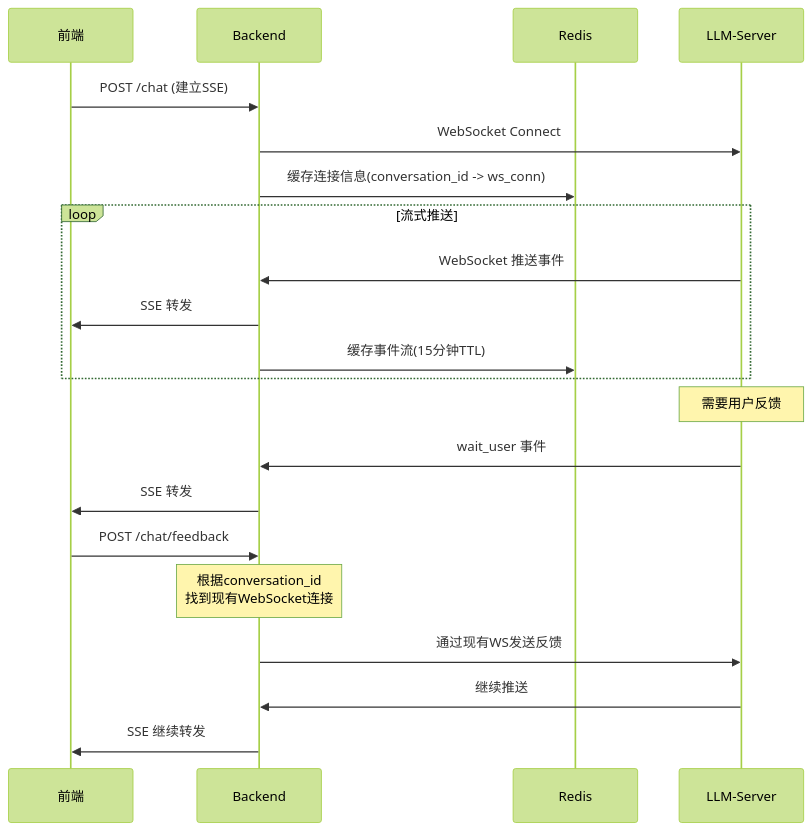
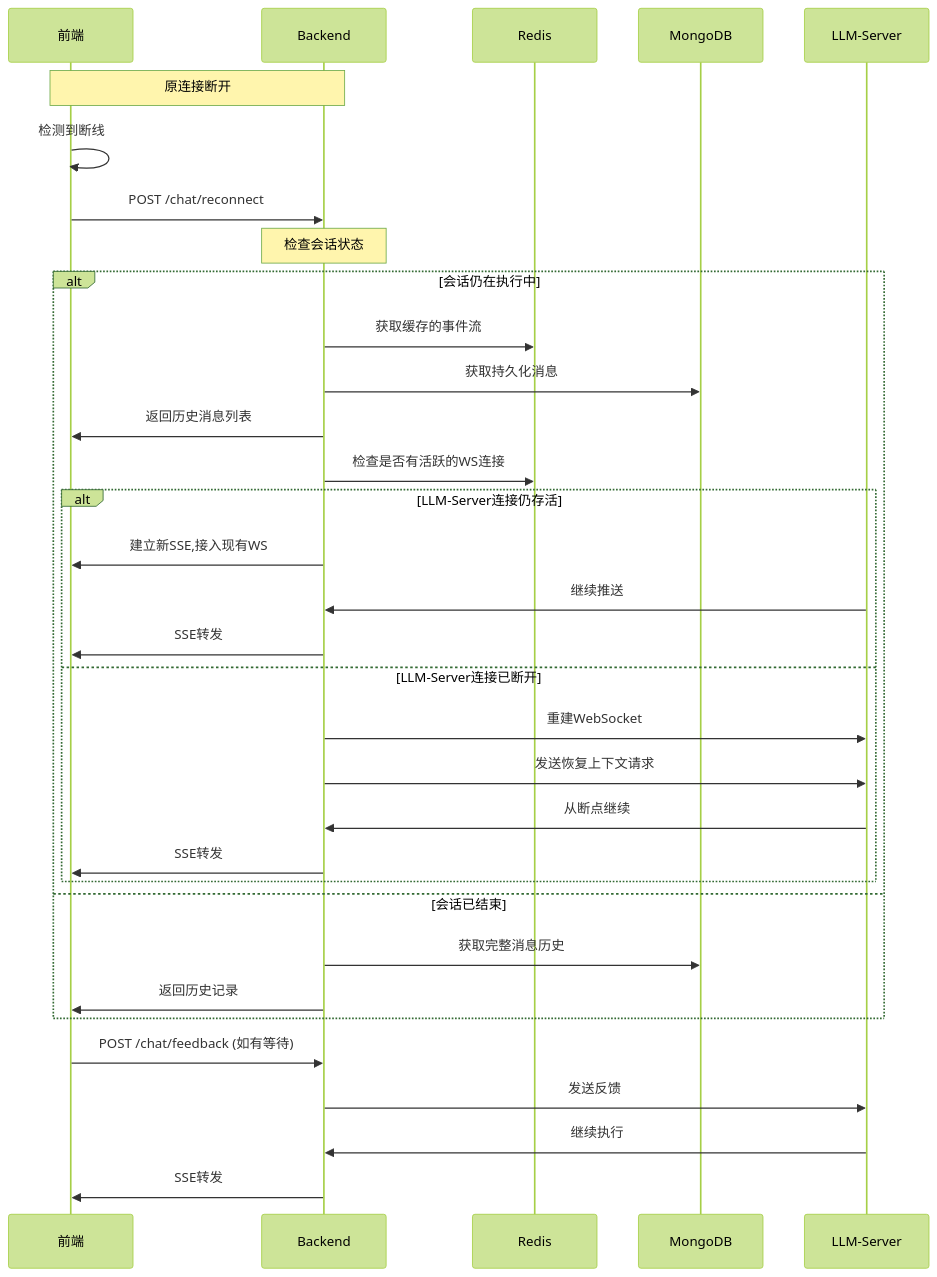
The diagram in all/未命名-10.md (yingjianzh/iodraw-files), drawn with Mermaid (forest theme) before and after one commit.

Commit message:
2025-12-19 16:06:54 update

````diff
--- a/all/未命名-10.md
+++ b/all/未命名-10.md
@@ -1,28 +1,41 @@
 ```mermaid
 sequenceDiagram
     participant F as 前端
     participant B as Backend
     participant R as Redis
+    participant M as MongoDB
     participant L as LLM-Server
     
-    F->>B: POST /chat (建立SSE)
-    B->>L: WebSocket Connect
-    B->>R: 缓存连接信息(conversation_id -> ws_conn)
+    Note over F,B: 原连接断开
+    F->>F: 检测到断线
     
-    loop 流式推送
-        L->>B: WebSocket 推送事件
-        B->>F: SSE 转发
-        B->>R: 缓存事件流(15分钟TTL)
+    F->>B: POST /chat/reconnect
+    Note over B: 检查会话状态
+    
+    alt 会话仍在执行中
+        B->>R: 获取缓存的事件流
+        B->>M: 获取持久化消息
+        B->>F: 返回历史消息列表
+        
+        B->>R: 检查是否有活跃的WS连接
+        alt LLM-Server连接仍存活
+            B->>F: 建立新SSE,接入现有WS
+            L->>B: 继续推送
+            B->>F: SSE转发
+        else LLM-Server连接已断开
+            B->>L: 重建WebSocket
+            B->>L: 发送恢复上下文请求
+            L->>B: 从断点继续
+            B->>F: SSE转发
+        end
+        
+    else 会话已结束
+        B->>M: 获取完整消息历史
+        B->>F: 返回历史记录
     end
     
-    Note over L: 需要用户反馈
-    L->>B: wait_user 事件
-    B->>F: SSE 转发
-    
-    F->>B: POST /chat/feedback
-    Note over B: 根据conversation_id<br/>找到现有WebSocket连接
-    B->>L: 通过现有WS发送反馈
-    
-    L->>B: 继续推送
-    B->>F: SSE 继续转发
+    F->>B: POST /chat/feedback (如有等待)
+    B->>L: 发送反馈
+    L->>B: 继续执行
+    B->>F: SSE转发
 ```
````
